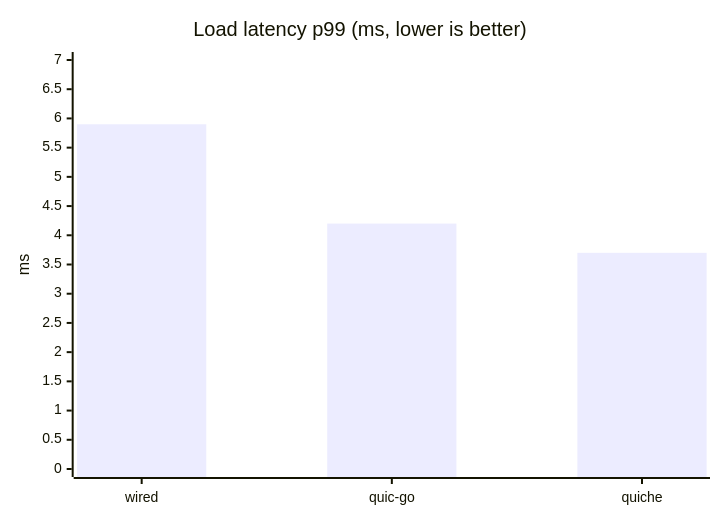
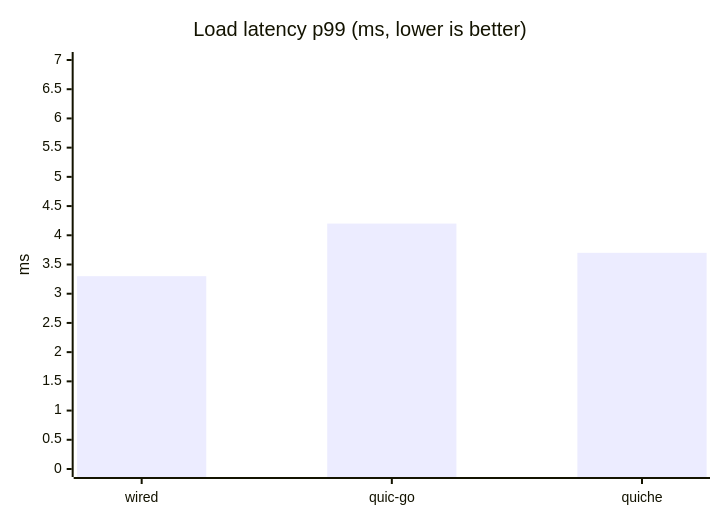
Before and after one commit to Hakkadaikon/wired: the fourth of 4 diagrams in docs/comparison.md, drawn with Mermaid. The commit also changed other lines of this file, not shown here.

````diff
--- a/docs/comparison.md
+++ b/docs/comparison.md
@@ -143,7 +151,7 @@
 ```mermaid
 xychart-beta
     title "Load latency p99 (ms, lower is better)"
     x-axis ["wired", "quic-go", "quiche"]
     y-axis "ms" 0 --> 7
-    bar [5.9, 4.2, 3.7]
+    bar [3.3, 4.2, 3.7]
 ```
````
